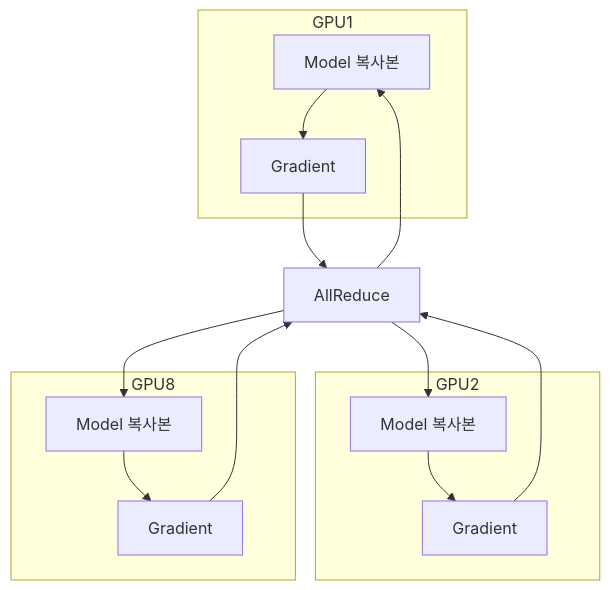
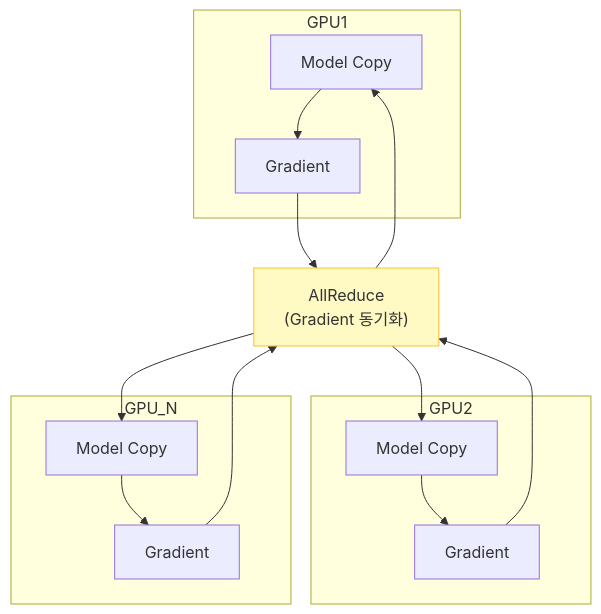
Before and after one commit to Ricepunchb/Idsh-obsidian-garden: the first of 3 diagrams in content/study/분산 GPU 훈련.md, drawn with Mermaid. The commit also changed other lines of this file and 14 other files, not shown here.

````diff
--- a/content/study/분산 GPU 훈련.md
+++ b/content/study/분산 GPU 훈련.md
@@ -26,18 +42,18 @@
 ```mermaid
-%% 도표 1: Data Parallelism
 %%{init: {'theme':'default'}}%%
 graph TD
     subgraph GPU1
-        M1[Model 복사본] --> G1[Gradient]
+        M1["Model Copy"] --> G1["Gradient"]
     end
     subgraph GPU2
-        M2[Model 복사본] --> G2[Gradient]
+        M2["Model Copy"] --> G2["Gradient"]
     end
-    subgraph GPU8
-        M8[Model 복사본] --> G8[Gradient]
+    subgraph GPU_N
+        Mn["Model Copy"] --> Gn["Gradient"]
     end
-    G1 --> AR[AllReduce]
-    G2 --> AR
-    G8 --> AR
-    AR --> M1 & M2 & M8
+    
+    G1 & G2 & Gn --> AR["AllReduce<br/>(Gradient 동기화)"]
+    AR --> M1 & M2 & Mn
+
+    style AR fill:#FFF9C4,stroke:#FBC02D
 ```
````
